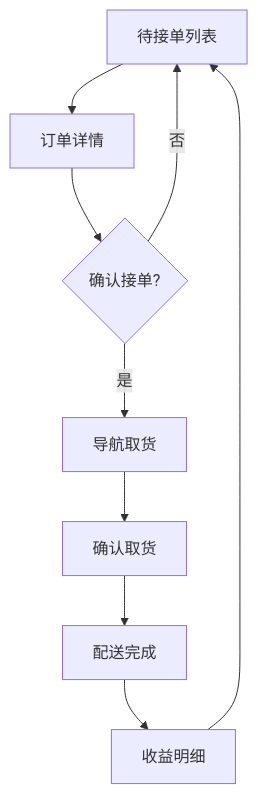
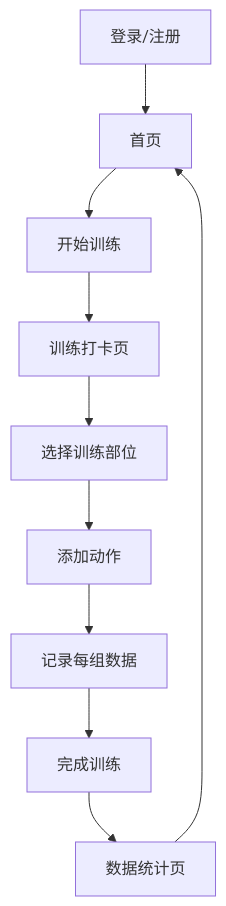
The diagram in .trae/documents/prd.md (xiaoli897/tuzuh), drawn with Mermaid before and after one commit. The commit also changed other lines of this file and 33 other files, not shown here.

````diff
--- a/.trae/documents/prd.md
+++ b/.trae/documents/prd.md
@@ -43,11 +43,12 @@
 ```mermaid
 flowchart TD
-    A[待接单列表] --> B[订单详情]
-    B --> C{确认接单?}
-    C -->|是| D[导航取货]
-    C -->|否| A
-    D --> E[确认取货]
-    E --> F[配送完成]
-    F --> G[收益明细]
-    G --> A
+    A[登录/注册] --> B[首页]
+    B --> C[开始训练]
+    C --> D[训练打卡页]
+    D --> E[选择训练部位]
+    E --> F[添加动作]
+    F --> G[记录每组数据]
+    G --> H[完成训练]
+    H --> I[数据统计页]
+    I --> B
 ```
````
